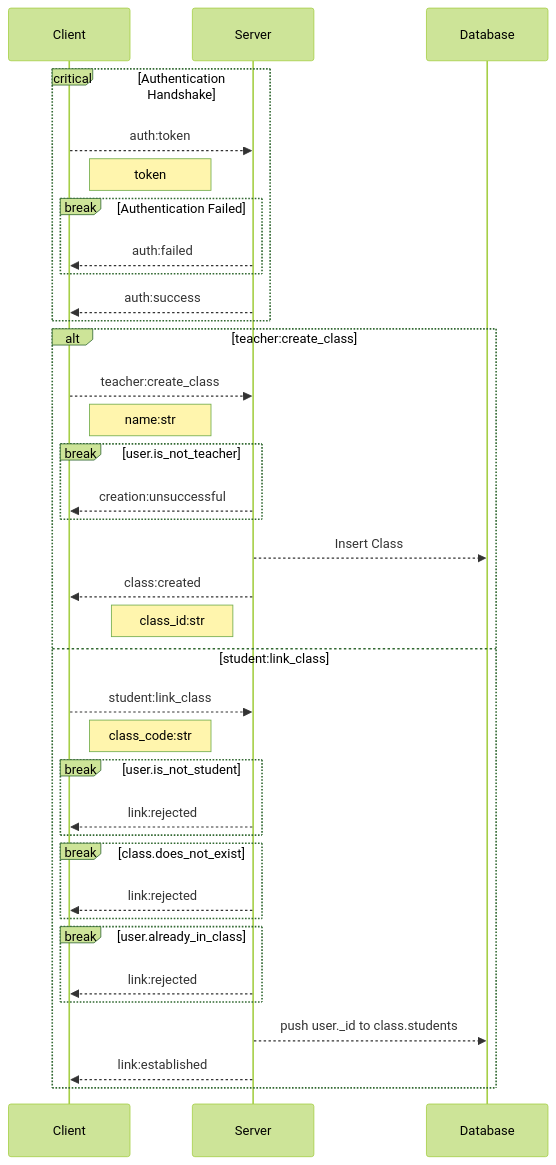
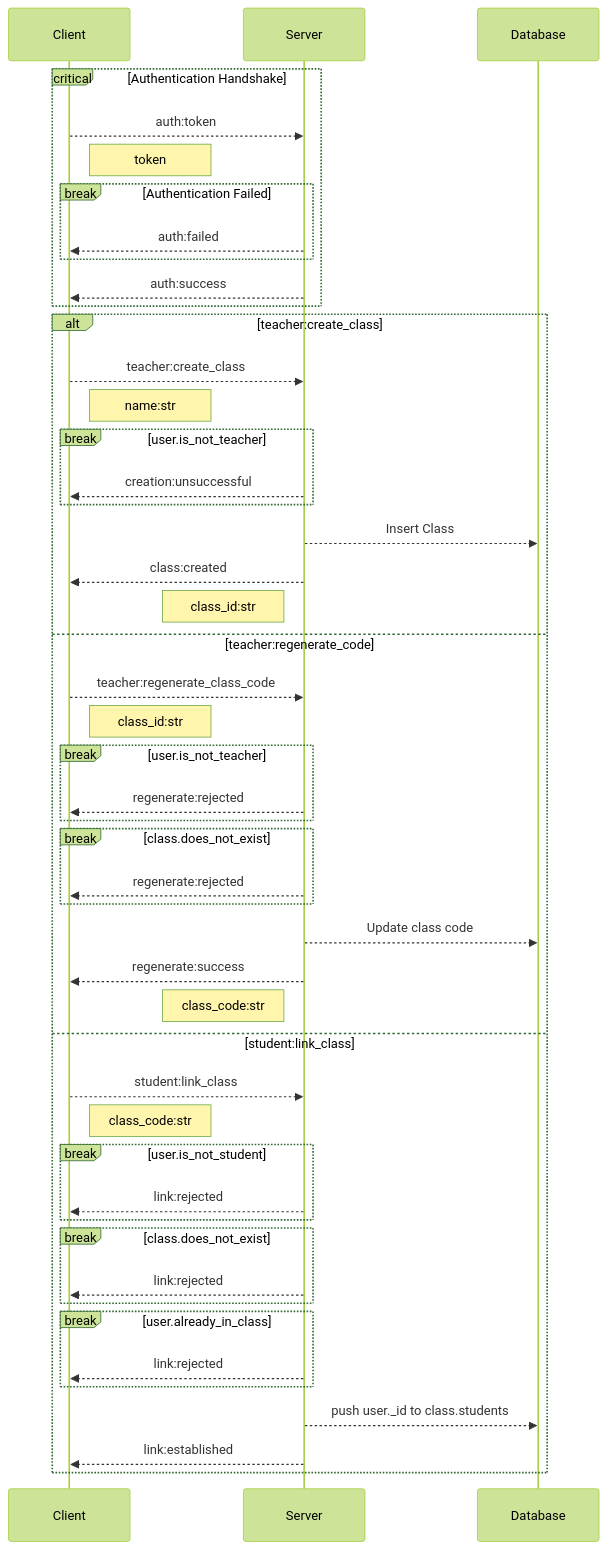
One commit to Amaan-Dhanani/DriveHenrico changed the diagram in packages/backend/api/account/link/README.md. Above: the diagram before and after it, drawn with Mermaid (forest theme). The commit also changed 3 other files, not shown here.

Commit message:
feat(link): teacher:regenerate_class_code structure

````diff
--- a/packages/backend/api/account/link/README.md
+++ b/packages/backend/api/account/link/README.md
@@ -5,53 +5,71 @@
 ```mermaid
 sequenceDiagram
     participant Client
     participant Server
     participant Database
 
     critical Authentication Handshake
         Client -->> Server: auth:token
         Note right of Client: token
 
         break Authentication Failed
             Server -->> Client: auth:failed
         end 
 
         Server -->> Client: auth:success
     end
 
     alt teacher:create_class
         Client -->> Server: teacher:create_class
         Note right of Client: name:str
 
         break user.is_not_teacher
             Server -->> Client: creation:unsuccessful
         end 
 
         Server -->> Database: Insert Class
 
         Server -->> Client: class:created
 
         Note left of Server: class_id:str
 
+    else teacher:regenerate_code
+        Client -->> Server: teacher:regenerate_class_code
+        Note right of Client: class_id:str
+    
+        break user.is_not_teacher
+            Server -->> Client: regenerate:rejected
+        end 
+    
+        break class.does_not_exist
+            Server -->> Client: regenerate:rejected
+        end
+    
+        Server -->> Database: Update class code
+    
+        Server -->> Client: regenerate:success
+    
+        Note left of Server: class_code:str
+
     else student:link_class
         Client -->> Server: student:link_class
         Note right of Client: class_code:str
 
         break user.is_not_student
             Server -->> Client: link:rejected
         end 
 
         break class.does_not_exist
             Server -->> Client: link:rejected
         end
 
         break user.already_in_class
             Server -->> Client: link:rejected
         end
 
         Server -->> Database: push user._id to class.students
 
         Server -->> Client: link:established
 
     end
 ```
````
